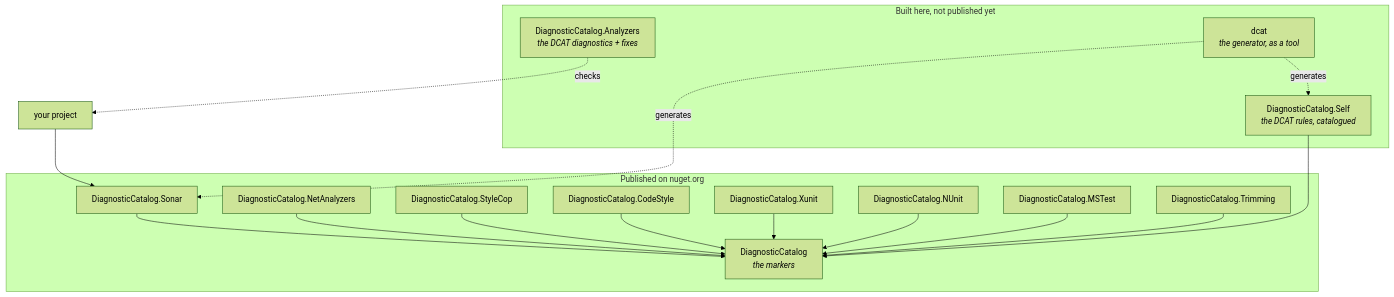
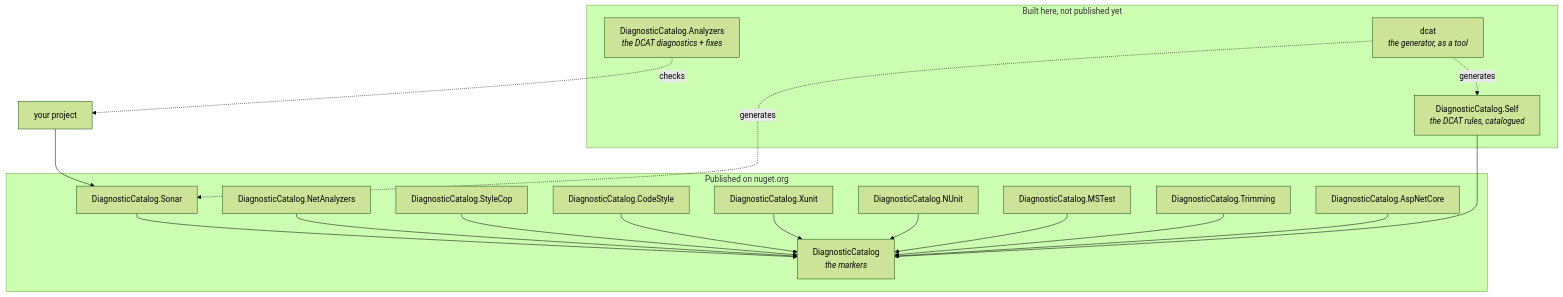
The second of 2 diagrams in doc/guide/concepts.en.md (Reefact/diagnostic-catalog), drawn with Mermaid (forest theme) before and after one commit. The commit also changed other lines of this file and 47 other files, not shown here.

````diff
--- a/doc/guide/concepts.en.md
+++ b/doc/guide/concepts.en.md
@@ -76,32 +76,34 @@
 ```mermaid
 flowchart TB
     subgraph PUB["Published on nuget.org"]
         F["DiagnosticCatalog<br/><i>the markers</i>"]
         S["DiagnosticCatalog.Sonar"]
         N["DiagnosticCatalog.NetAnalyzers"]
         T["DiagnosticCatalog.StyleCop"]
         CS["DiagnosticCatalog.CodeStyle"]
         XU["DiagnosticCatalog.Xunit"]
         NU["DiagnosticCatalog.NUnit"]
         MS["DiagnosticCatalog.MSTest"]
         TR["DiagnosticCatalog.Trimming"]
+        AS["DiagnosticCatalog.AspNetCore"]
         S --> F
         N --> F
         T --> F
         CS --> F
         XU --> F
         NU --> F
         MS --> F
         TR --> F
+        AS --> F
     end
     subgraph SOON["Built here, not published yet"]
         A["DiagnosticCatalog.Analyzers<br/><i>the DCAT diagnostics + fixes</i>"]
         SELF["DiagnosticCatalog.Self<br/><i>the DCAT rules, catalogued</i>"]
         CLI["dcat<br/><i>the generator, as a tool</i>"]
         SELF --> F
     end
     YOU["your project"] --> S
     A -. "checks" .-> YOU
     CLI -. "generates" .-> S
     CLI -. "generates" .-> SELF
 ```
````
